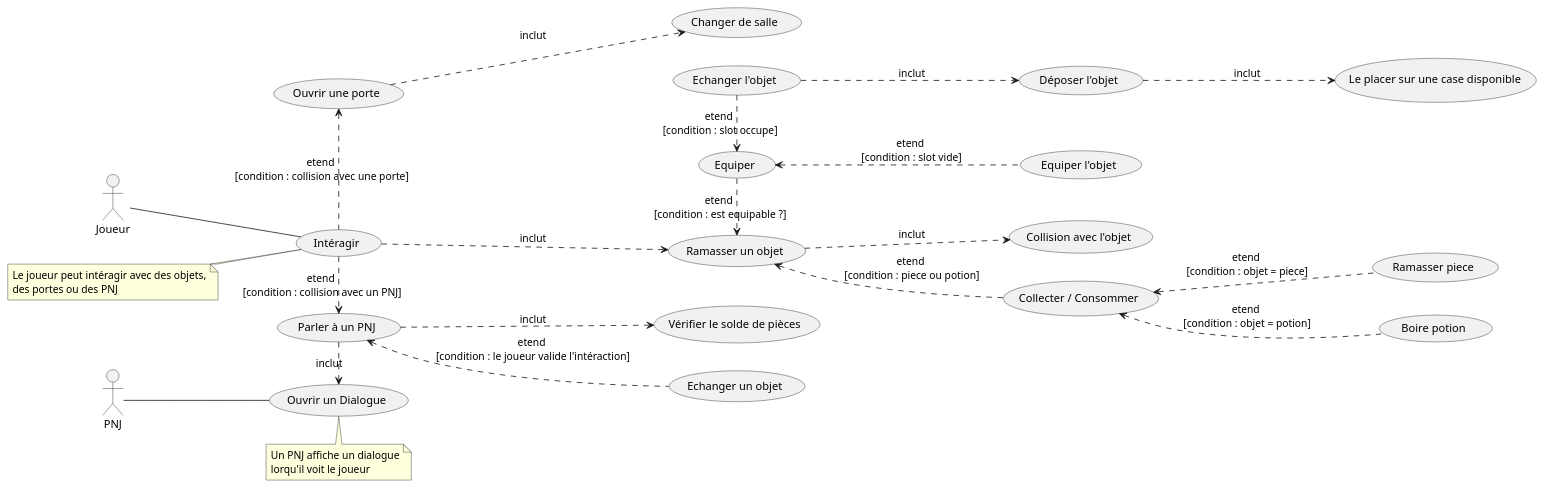
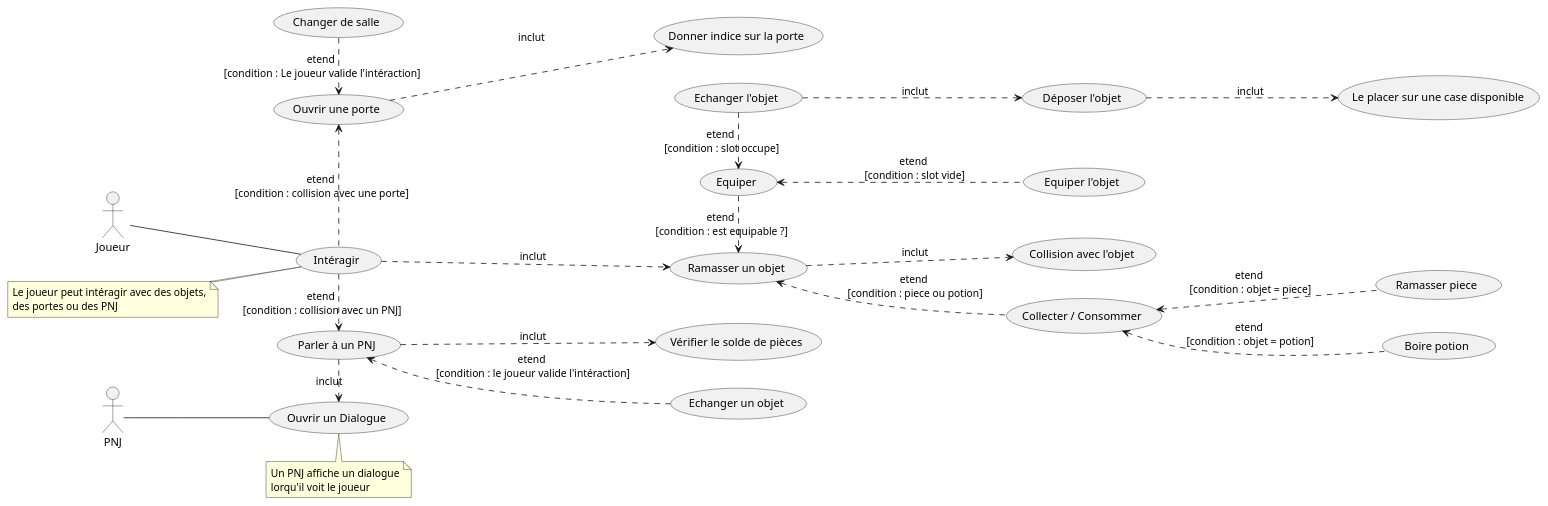
One commit to Lazouliss/tp-acvl changed the diagram in uml/CasUtilisation_Interagir.wsd. Above: the diagram before and after it, drawn with PlantUML.

Commit message:
fix: :bug: Aout de l'indice au portes sur le usecase intéraction

```diff
--- a/uml/CasUtilisation_Interagir.wsd
+++ b/uml/CasUtilisation_Interagir.wsd
@@ -1,41 +1,43 @@
 @startuml UseCase_Interagir
 
 left to right direction
 
 actor Joueur
 actor PNJ
 
 :Joueur: -- (Intéragir)
 
 note "Le joueur peut intéragir avec des objets,\ndes portes ou des PNJ" as N_Intéragir
 N_Intéragir .. (Intéragir)
 
 
 (Intéragir) ..> (Ramasser un objet) :inclut
 (Ramasser un objet) ..> (Collision avec l'objet) :inclut
 
 (Ramasser un objet) <.. (Collecter / Consommer) :etend \n[condition : piece ou potion]
 (Collecter / Consommer) <.. (Boire potion) :etend \n[condition : objet = potion]
 (Collecter / Consommer) <.. (Ramasser piece) :etend \n[condition : objet = piece]
 
 (Ramasser un objet) <.left. (Equiper) :etend \n[condition : est equipable ?]
 (Equiper) <.. (Equiper l'objet) :etend \n[condition : slot vide]
 (Equiper) <.left. (Echanger l'objet) :etend \n[condition : slot occupe]
 (Echanger l'objet) ..> (Déposer l'objet) :inclut
 (Déposer l'objet) ..> (Le placer sur une case disponible) :inclut
 
 (Intéragir) .left.> (Ouvrir une porte) :etend \n[condition : collision avec une porte]
-(Ouvrir une porte) ..> (Changer de salle) :inclut
+(Changer de salle) .right.> (Ouvrir une porte) :etend \n[condition : Le joueur valide l'intéraction]
+(Ouvrir une porte) .down.> (Donner indice sur la porte)  :inclut \n
+
 
 :PNJ: -- (Ouvrir un Dialogue)
 note bottom of (Ouvrir un Dialogue)
  Un PNJ affiche un dialogue
  lorqu'il voit le joueur
 end note
 (Intéragir) .right.> (Parler à un PNJ) :etend \n[condition : collision avec un PNJ]
 (Parler à un PNJ) .right.> (Ouvrir un Dialogue) :inclut
 (Parler à un PNJ) ..> (Vérifier le solde de pièces) :inclut
 (Parler à un PNJ) <.. (Echanger un objet) :etend \n[condition : le joueur valide l'intéraction]
 
 
 @enduml
```
